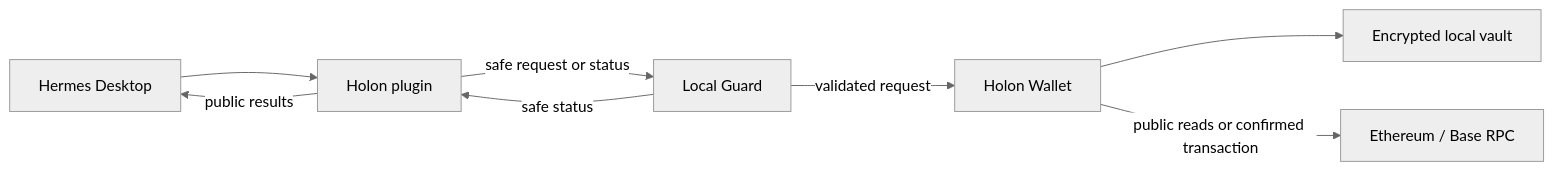
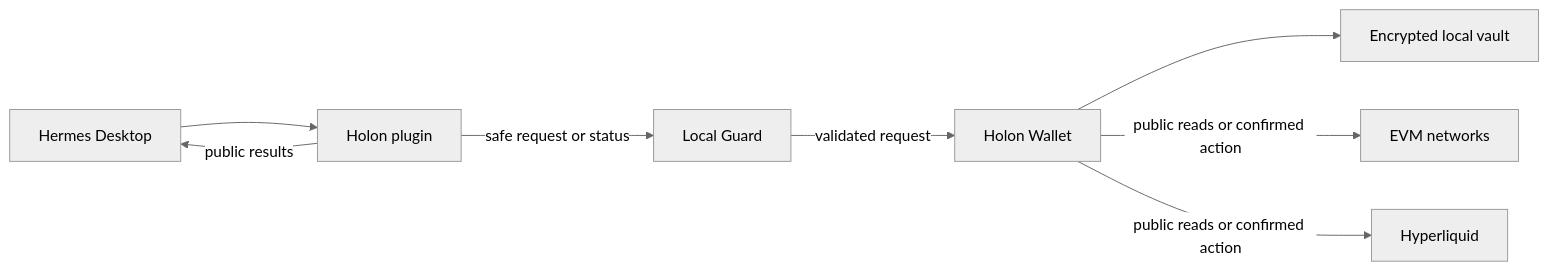
Before and after one commit to yarinka-yyy/holon: the diagram in README.md, drawn with Mermaid (neutral theme). The commit also changed other lines of this file and 5 other files, not shown here.

````diff
--- a/README.md
+++ b/README.md
@@ -13,10 +18,10 @@
 ```mermaid
 flowchart LR
     H["Hermes Desktop"] --> P["Holon plugin"]
     P -->|"safe request or status"| G["Local Guard"]
     G -->|"validated request"| W["Holon Wallet"]
     W --> V["Encrypted local vault"]
-    W -->|"public reads or confirmed transaction"| N["Ethereum / Base RPC"]
+    W -->|"public reads or confirmed action"| E["EVM networks"]
+    W -->|"public reads or confirmed action"| X["Hyperliquid"]
     P -->|"public results"| H
-    G -->|"safe status"| P
 ```
````
